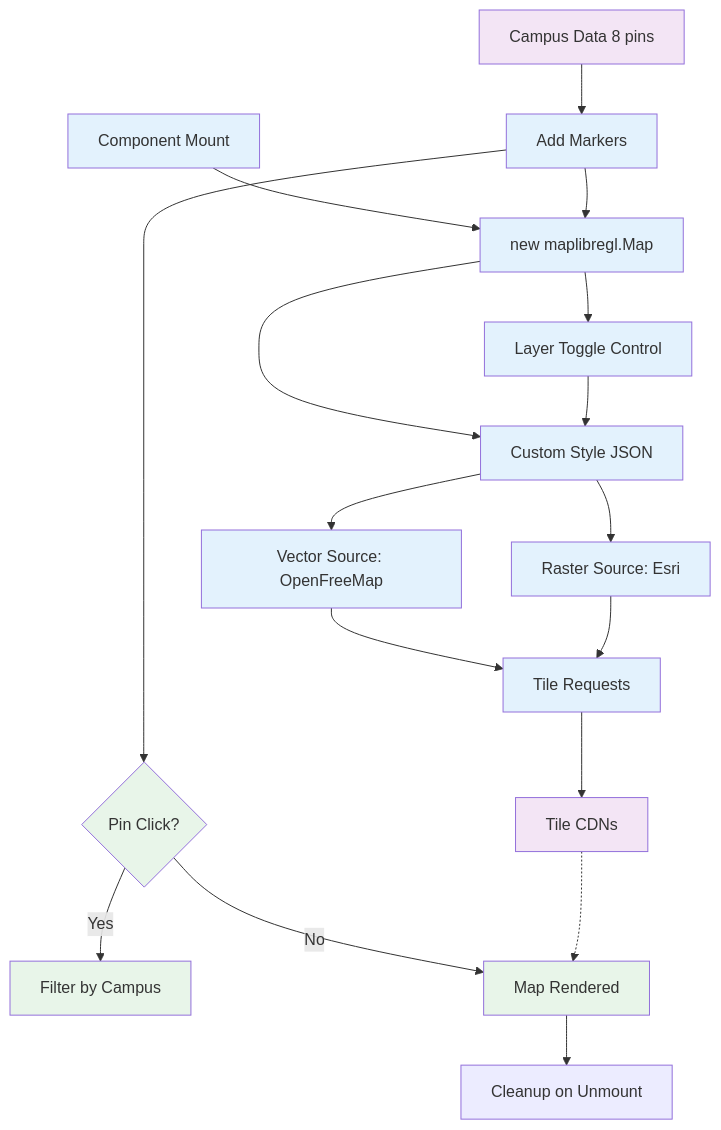
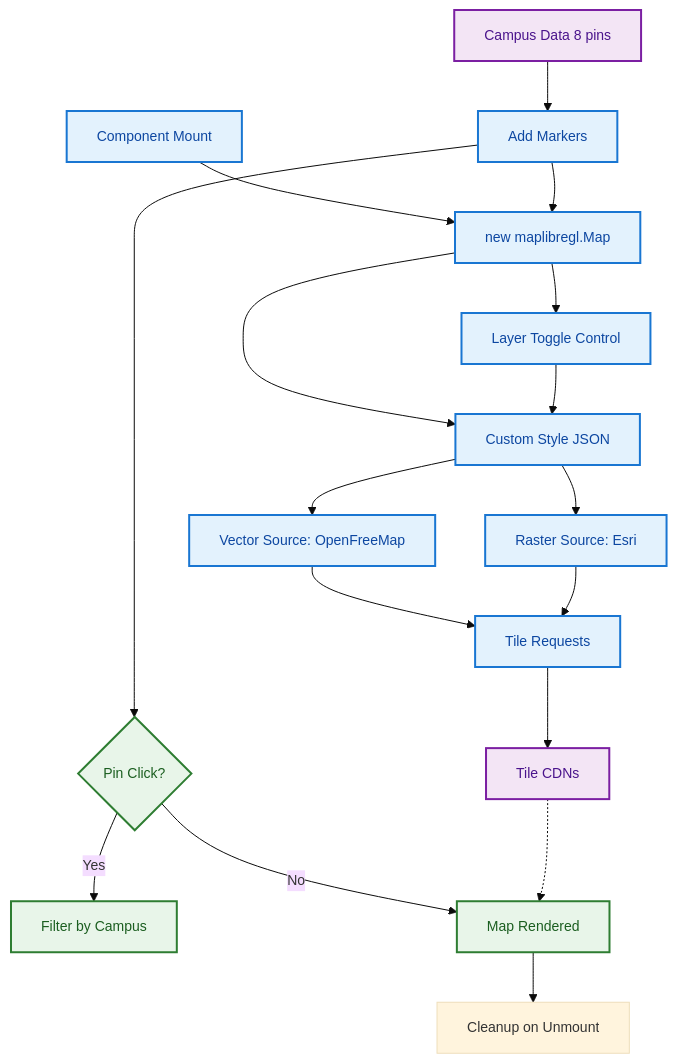
The fourth of 7 diagrams in README.md (shadrackb1/unihub-landing-experience), drawn with Mermaid before and after one commit. The commit also changed other lines of this file, not shown here.

````diff
--- a/README.md
+++ b/README.md
@@ -266,31 +243,32 @@
 ```mermaid
+%%{init: {'theme': 'base', 'themeVariables': {'fontSize': '14px'}}}%%
 flowchart TB
     Mount[Component Mount] --> Init[new maplibregl.Map]
     Init --> Style[Custom Style JSON]
     
     Style --> VectorSource[Vector Source: OpenFreeMap]
     Style --> RasterSource[Raster Source: Esri]
     
     VectorSource --> TileRequest[Tile Requests]
     RasterSource --> TileRequest
     TileRequest --> TileCDN[Tile CDNs]
     
     Init --> LayerToggle[Layer Toggle Control]
     LayerToggle --> Style
     
     CampusData[Campus Data 8 pins] --> AddMarkers[Add Markers]
     AddMarkers --> Init
     AddMarkers --> PinClick{Pin Click?}
     PinClick -->|Yes| FilterListings[Filter by Campus]
     PinClick -->|No| Rendered[Map Rendered]
     
     TileCDN -.-> Rendered
     Rendered --> Cleanup[Cleanup on Unmount]
     
-    classDef process fill:#E3F2FD;
-    classDef external fill:#F3E5F5;
-    classDef interactive fill:#E8F5E9;
-    class Mount,Init,Style,VectorSource,RasterSource,TileRequest,AddMarkers,LayerToggle process;
-    class TileCDN,CampusData external;
-    class PinClick,FilterListings,Rendered interactive;
+    classDef process fill:#E3F2FD,stroke:#1976D2,color:#0D47A1,stroke-width:2px
+    classDef external fill:#F3E5F5,stroke:#7B1FA2,color:#4A148C,stroke-width:2px
+    classDef interactive fill:#E8F5E9,stroke:#2E7D32,color:#1B5E20,stroke-width:2px
+    class Mount,Init,Style,VectorSource,RasterSource,TileRequest,AddMarkers,LayerToggle process
+    class TileCDN,CampusData external
+    class PinClick,FilterListings,Rendered interactive
 ```
````
